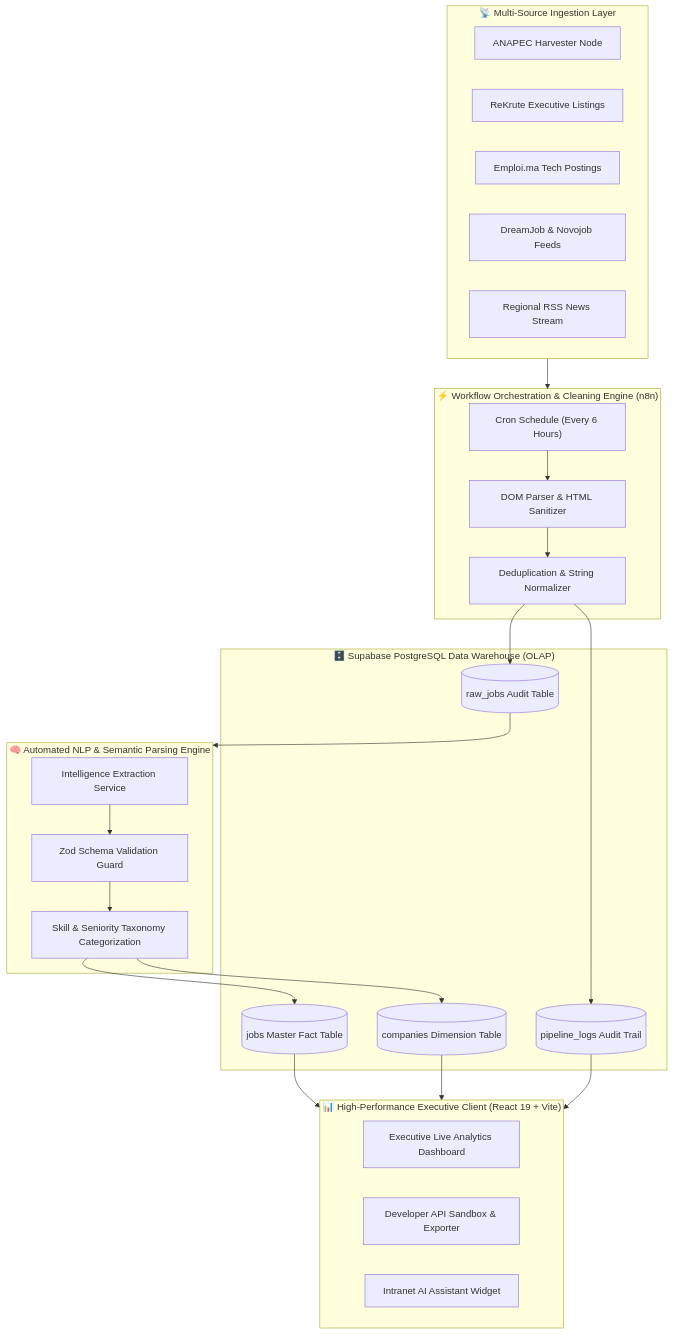
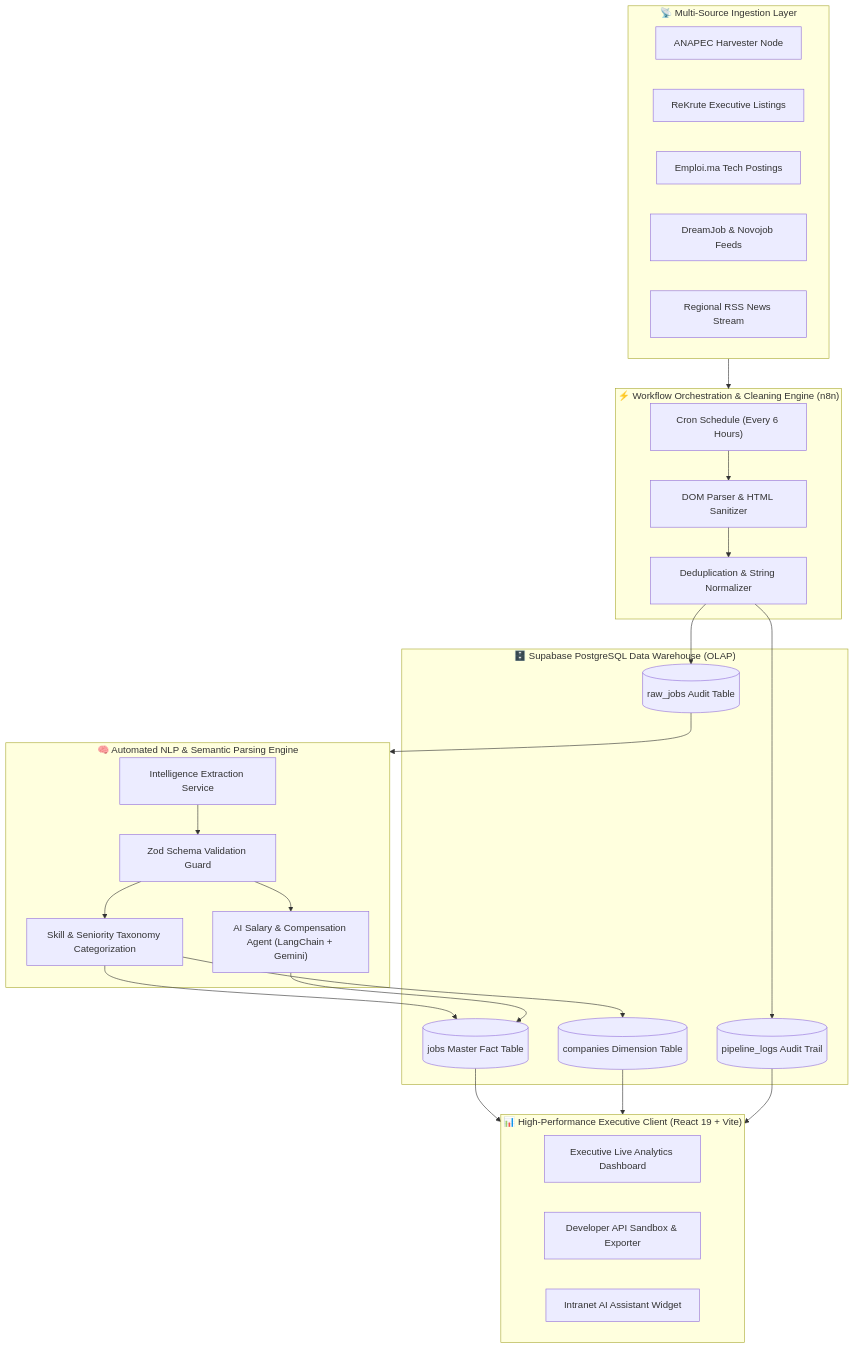
Before and after one commit to zakariabahtani35-prog/morocco-employment-intelligence-platform: the first of 3 diagrams in README.md, drawn with Mermaid. The commit also changed other lines of this file and 8 other files, not shown here.

````diff
--- a/README.md
+++ b/README.md
@@ -54,43 +94,44 @@
 ```mermaid
 flowchart TD
     subgraph Sourcing["📡 Multi-Source Ingestion Layer"]
         A1["ANAPEC Harvester Node"]
         A2["ReKrute Executive Listings"]
         A3["Emploi.ma Tech Postings"]
         A4["DreamJob & Novojob Feeds"]
         A5["Regional RSS News Stream"]
     end
 
     subgraph Orchestration["⚡ Workflow Orchestration & Cleaning Engine (n8n)"]
         B1["Cron Schedule (Every 6 Hours)"] --> B2["DOM Parser & HTML Sanitizer"]
         B2 --> B3["Deduplication & String Normalizer"]
     end
 
     subgraph Intelligence["🧠 Automated NLP & Semantic Parsing Engine"]
         C1["Intelligence Extraction Service"]
         C2["Zod Schema Validation Guard"]
         C3["Skill & Seniority Taxonomy Categorization"]
+        C4["AI Salary & Compensation Agent (LangChain + Gemini)"]
     end
 
     subgraph Warehouse["🗄️ Supabase PostgreSQL Data Warehouse (OLAP)"]
         D1[("raw_jobs Audit Table")]
         D2[("jobs Master Fact Table")]
         D3[("companies Dimension Table")]
         D4[("pipeline_logs Audit Trail")]
     end
 
     subgraph Presentation["📊 High-Performance Executive Client (React 19 + Vite)"]
         E1["Executive Live Analytics Dashboard"]
         E2["Developer API Sandbox & Exporter"]
         E3["Intranet AI Assistant Widget"]
     end
 
     Sourcing --> Orchestration
     B3 --> D1
     D1 --> Intelligence
-    C1 --> C2 --> C3
-    C3 --> D2
+    C1 --> C2 --> C3 & C4
+    C3 & C4 --> D2
     C3 --> D3
     B3 --> D4
     D2 & D3 & D4 --> Presentation
 ```
````
